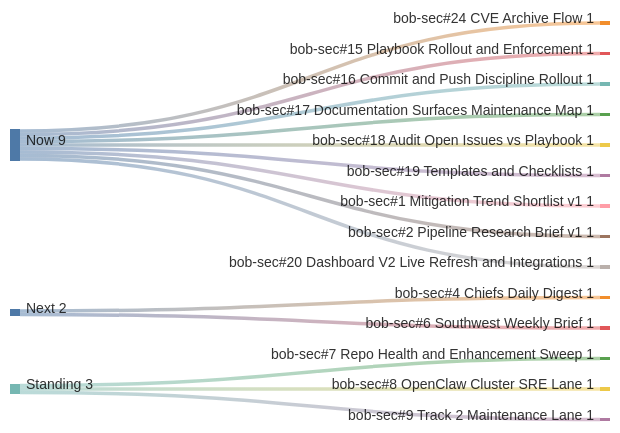
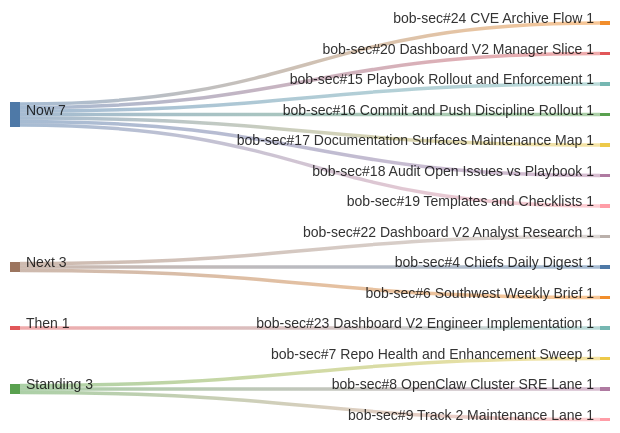
One commit to stevologic/bob-sec changed the diagram in research/operations/current-work-gantt.md. Above: the diagram before and after it, drawn with Mermaid. The commit also changed other lines of this file, not shown here.

Commit message:
docs: phase dashboard v2a in gantt

````diff
--- a/research/operations/current-work-gantt.md
+++ b/research/operations/current-work-gantt.md
@@ -5,17 +5,17 @@
 ```mermaid
 sankey-beta
 Now,bob-sec#24 CVE Archive Flow,1
+Now,bob-sec#20 Dashboard V2 Manager Slice,1
 Now,bob-sec#15 Playbook Rollout and Enforcement,1
 Now,bob-sec#16 Commit and Push Discipline Rollout,1
 Now,bob-sec#17 Documentation Surfaces Maintenance Map,1
 Now,bob-sec#18 Audit Open Issues vs Playbook,1
 Now,bob-sec#19 Templates and Checklists,1
-Now,bob-sec#1 Mitigation Trend Shortlist v1,1
-Now,bob-sec#2 Pipeline Research Brief v1,1
-Now,bob-sec#20 Dashboard V2 Live Refresh and Integrations,1
+Next,bob-sec#22 Dashboard V2 Analyst Research,1
 Next,bob-sec#4 Chiefs Daily Digest,1
 Next,bob-sec#6 Southwest Weekly Brief,1
+Then,bob-sec#23 Dashboard V2 Engineer Implementation,1
 Standing,bob-sec#7 Repo Health and Enhancement Sweep,1
 Standing,bob-sec#8 OpenClaw Cluster SRE Lane,1
 Standing,bob-sec#9 Track 2 Maintenance Lane,1
 ```
````
